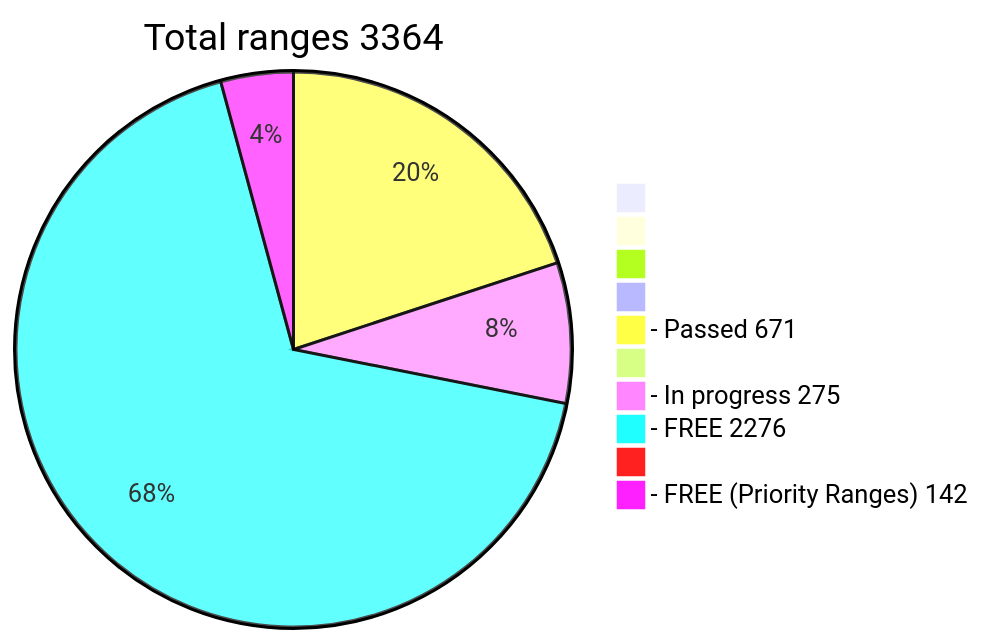
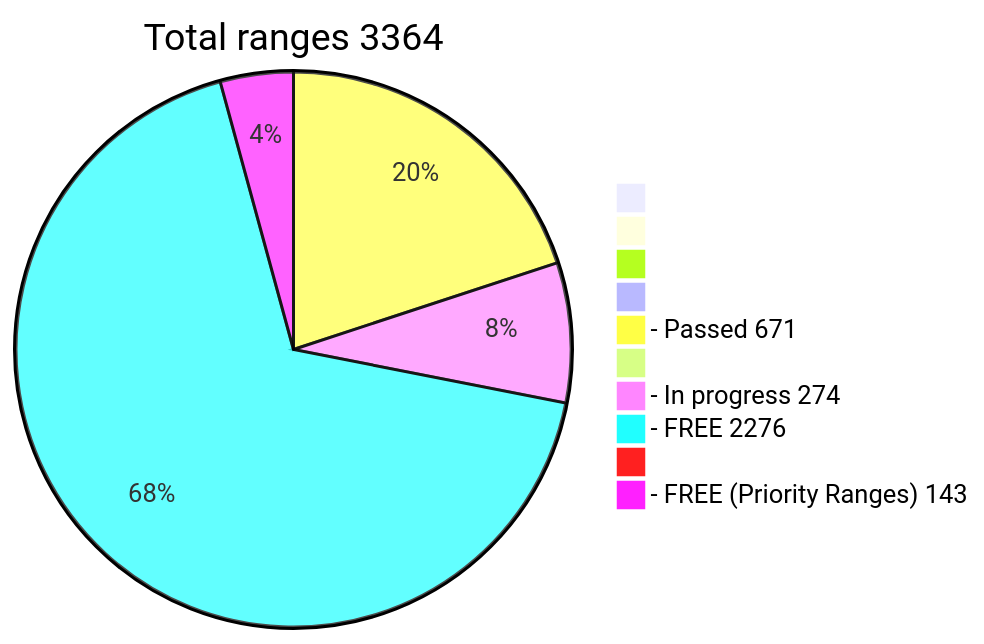
One commit to phrutis/wif500 changed the diagram in README.md. Above: the diagram before and after it, drawn with Mermaid.

````diff
--- a/README.md
+++ b/README.md
@@ -16,13 +16,13 @@
 ```mermaid
 pie title Total ranges 3364
              " " : 0
             "  " : 0
            "   " : 0
           "    " : 0
   "- Passed 671" : 671
          "     " : 0
-  "- In progress 275" : 275
+  "- In progress 274" : 274
    "- FREE 2276" : 2276
         "      " : 0
-  "- FREE (Priority Ranges) 142" : 142
+  "- FREE (Priority Ranges) 143" : 143
 ```
````
